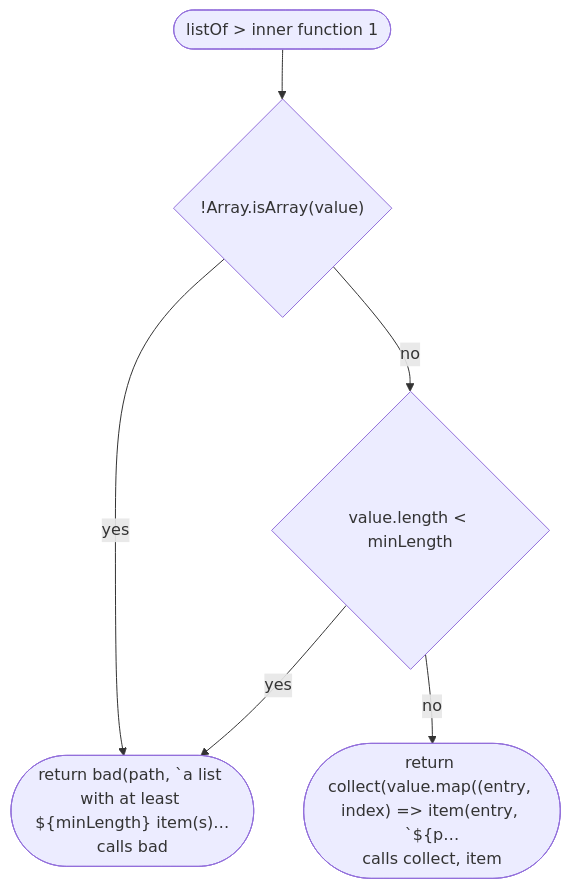
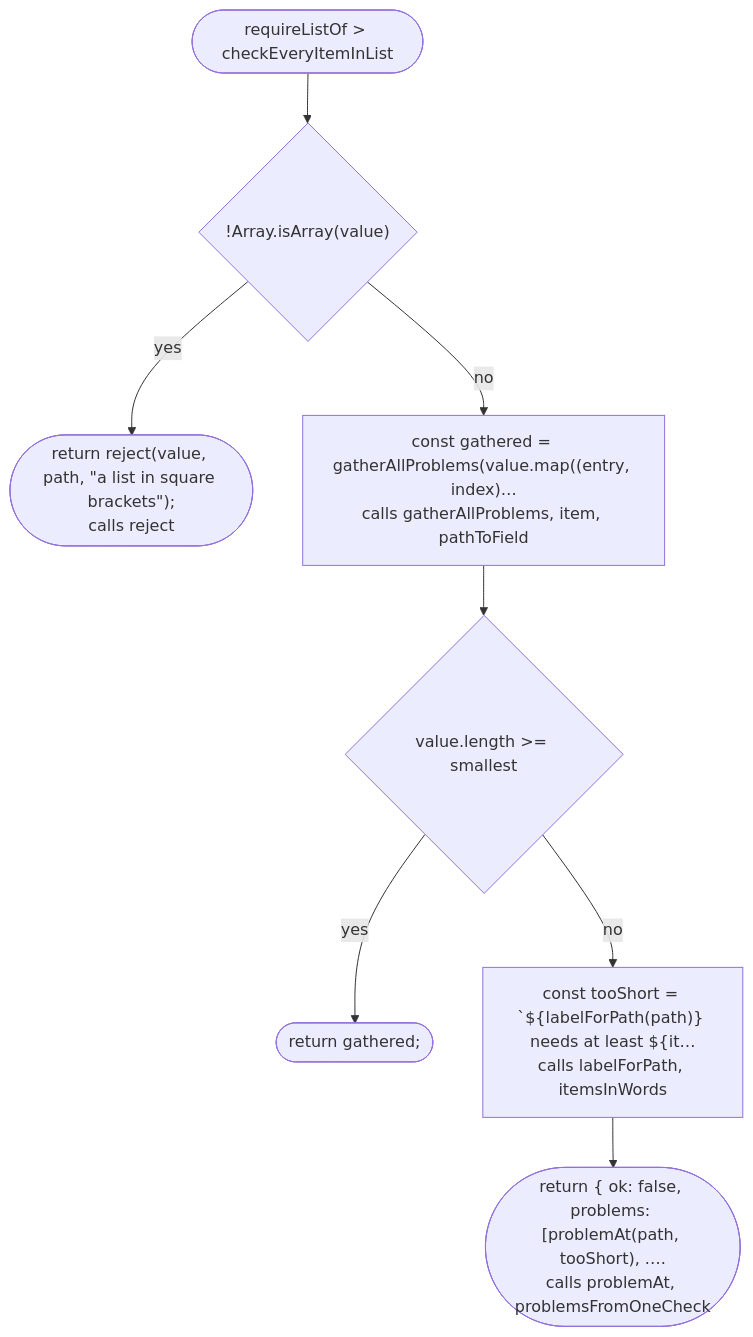
Diagram 19 of 38 in docs/flows/src/place/parse.md (NewDara-Star/world-engine), drawn with Mermaid before and after one commit. The commit also changed other lines of this file and 18 other files, not shown here.

First line of the commit message:
Place checker: new names, file and line on every message (Scope 002b items 1-4)

````diff
--- a/docs/flows/src/place/parse.md
+++ b/docs/flows/src/place/parse.md
@@ -187,13 +285,18 @@
 ```mermaid
 flowchart TD
-  n1(["listOf #gt; inner function 1"])
+  n1(["requireListOf #gt; checkEveryItemInList"])
   n2{"!Array.isArray(value)"}
-  n3{"value.length #lt; minLength"}
-  n4(["return bad(path, #96;a list with at least ${minLength} item(s)…<br/>calls bad"])
-  n5(["return collect(value.map((entry, index) =#gt; item(entry, #96;${p…<br/>calls collect, item"])
+  n3(["return reject(value, path, #quot;a list in square brackets#quot;);<br/>calls reject"])
+  n4["const gathered = gatherAllProblems(value.map((entry, index)…<br/>calls gatherAllProblems, item, pathToField"]
+  n5{"value.length #gt;= smallest"}
+  n6(["return gathered;"])
+  n7["const tooShort = #96;${labelForPath(path)} needs at least ${it…<br/>calls labelForPath, itemsInWords"]
+  n8(["return { ok: false, problems: [problemAt(path, tooShort), .…<br/>calls problemAt, problemsFromOneCheck"])
   n1 --> n2
-  n2 -->|"no"| n3
-  n2 -->|"yes"| n4
-  n3 -->|"yes"| n4
-  n3 -->|"no"| n5
+  n2 -->|"yes"| n3
+  n2 -->|"no"| n4
+  n4 --> n5
+  n5 -->|"yes"| n6
+  n5 -->|"no"| n7
+  n7 --> n8
 ```
````
